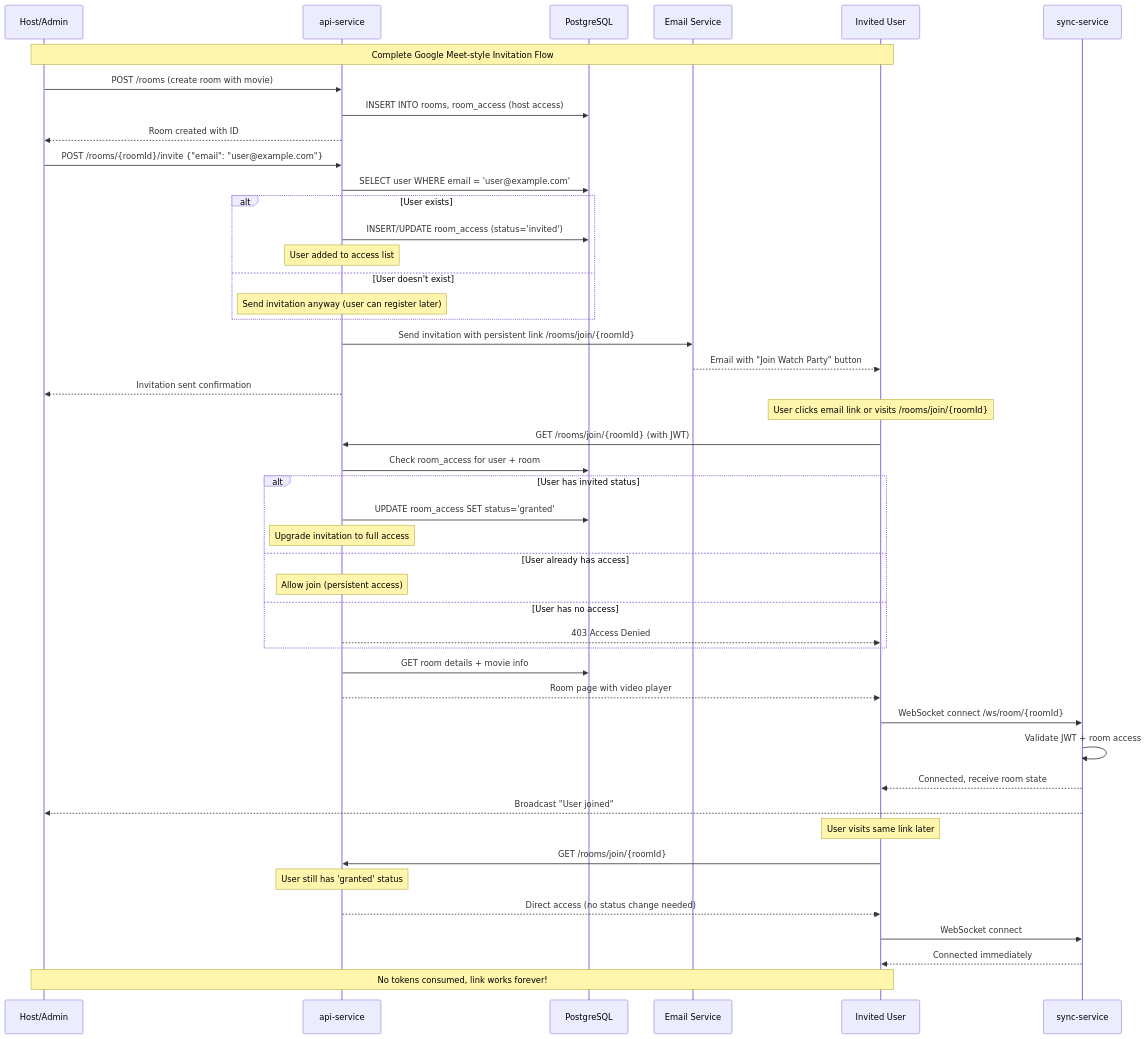
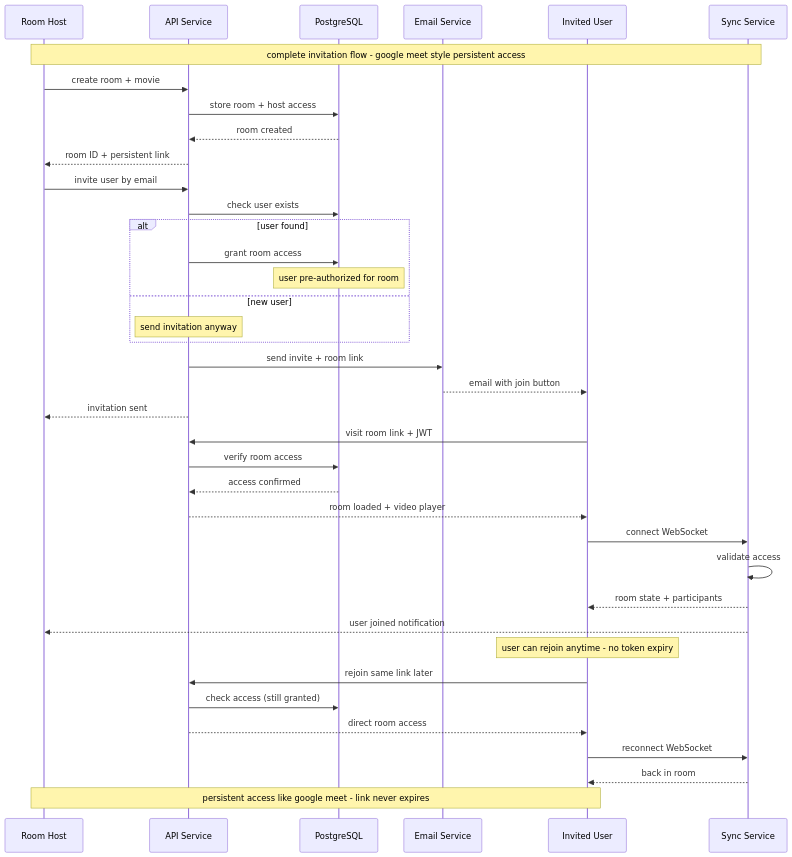
The diagram in docs/sequence-diagram/6-complete-invitation-flow.mermaid (c3llus/watch-party), drawn with Mermaid before and after one commit. The commit also changed 10 other files, not shown here.

Commit message:
chore(docs): updated erd and sequence diagram to match the current latest version

```diff
--- a/docs/sequence-diagram/6-complete-invitation-flow.mermaid
+++ b/docs/sequence-diagram/6-complete-invitation-flow.mermaid
@@ -1,62 +1,52 @@
 sequenceDiagram
-    participant Host as Host/Admin
-    participant API as api-service
+    participant Host as Room Host
+    participant API as API Service
     participant DB as PostgreSQL
     participant Email as Email Service
     participant User as Invited User
-    participant Sync as sync-service
+    participant Sync as Sync Service
 
-    Note over Host, User: Complete Google Meet-style Invitation Flow
+    Note over Host, Sync: complete invitation flow - google meet style persistent access
+
+    %% room creation
+    Host->>API: create room + movie
+    API->>DB: store room + host access
+    DB-->>API: room created
+    API-->>Host: room ID + persistent link
+
+    %% send invitation  
+    Host->>API: invite user by email
+    API->>DB: check user exists
     
-    %% Room Creation
-    Host->>API: POST /rooms (create room with movie)
-    API->>DB: INSERT INTO rooms, room_access (host access)
-    API-->>Host: Room created with ID
-
-    %% Send Invitation
-    Host->>API: POST /rooms/{roomId}/invite {"email": "user@example.com"}
-    API->>DB: SELECT user WHERE email = 'user@example.com'
-    
-    alt User exists
-        API->>DB: INSERT/UPDATE room_access (status='invited')
-        Note over API: User added to access list
-    else User doesn't exist
-        Note over API: Send invitation anyway (user can register later)
+    alt user found
+        API->>DB: grant room access
+        Note over DB: user pre-authorized for room
+    else new user
+        Note over API: send invitation anyway
     end
     
-    API->>Email: Send invitation with persistent link /rooms/join/{roomId}
-    Email-->>User: Email with "Join Watch Party" button
-    API-->>Host: Invitation sent confirmation
+    API->>Email: send invite + room link
+    Email-->>User: email with join button
+    API-->>Host: invitation sent
+
+    %% first join
+    User->>API: visit room link + JWT
+    API->>DB: verify room access
+    DB-->>API: access confirmed
+    API-->>User: room loaded + video player
     
-    %% User Joins Room (First Time)
-    Note over User: User clicks email link or visits /rooms/join/{roomId}
-    User->>API: GET /rooms/join/{roomId} (with JWT)
-    API->>DB: Check room_access for user + room
+    User->>Sync: connect WebSocket
+    Sync->>Sync: validate access
+    Sync-->>User: room state + participants
+    Sync-->>Host: user joined notification
+
+    %% persistent access
+    Note over User: user can rejoin anytime - no token expiry
     
-    alt User has invited status
-        API->>DB: UPDATE room_access SET status='granted'
-        Note over API: Upgrade invitation to full access
-    else User already has access
-        Note over API: Allow join (persistent access)
-    else User has no access
-        API-->>User: 403 Access Denied
-    end
-    
-    API->>DB: GET room details + movie info
-    API-->>User: Room page with video player
-    
-    %% WebSocket Connection
-    User->>Sync: WebSocket connect /ws/room/{roomId}
-    Sync->>Sync: Validate JWT + room access
-    Sync-->>User: Connected, receive room state
-    Sync-->>Host: Broadcast "User joined"
-    
-    %% User Rejoins Later (Persistent Access)
-    Note over User: User visits same link later
-    User->>API: GET /rooms/join/{roomId}
-    Note over API: User still has 'granted' status
-    API-->>User: Direct access (no status change needed)
-    User->>Sync: WebSocket connect
-    Sync-->>User: Connected immediately
-    
-    Note over Host, User: No tokens consumed, link works forever!
+    User->>API: rejoin same link later
+    API->>DB: check access (still granted)
+    API-->>User: direct room access
+    User->>Sync: reconnect WebSocket
+    Sync-->>User: back in room
+
+    Note over Host, User: persistent access like google meet - link never expires
```
